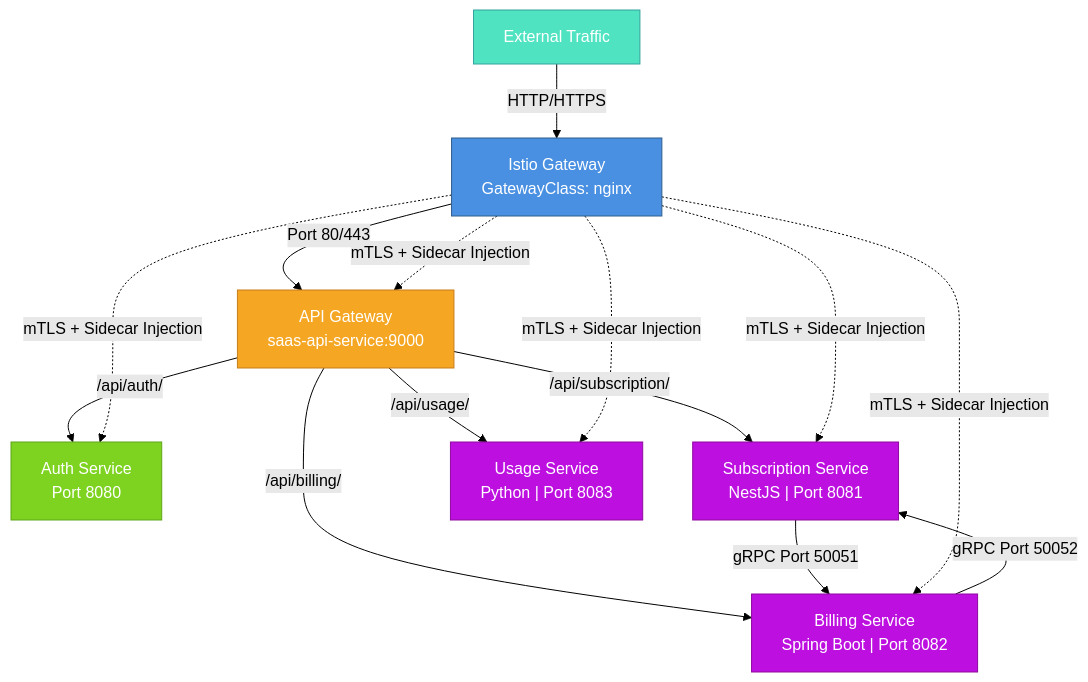
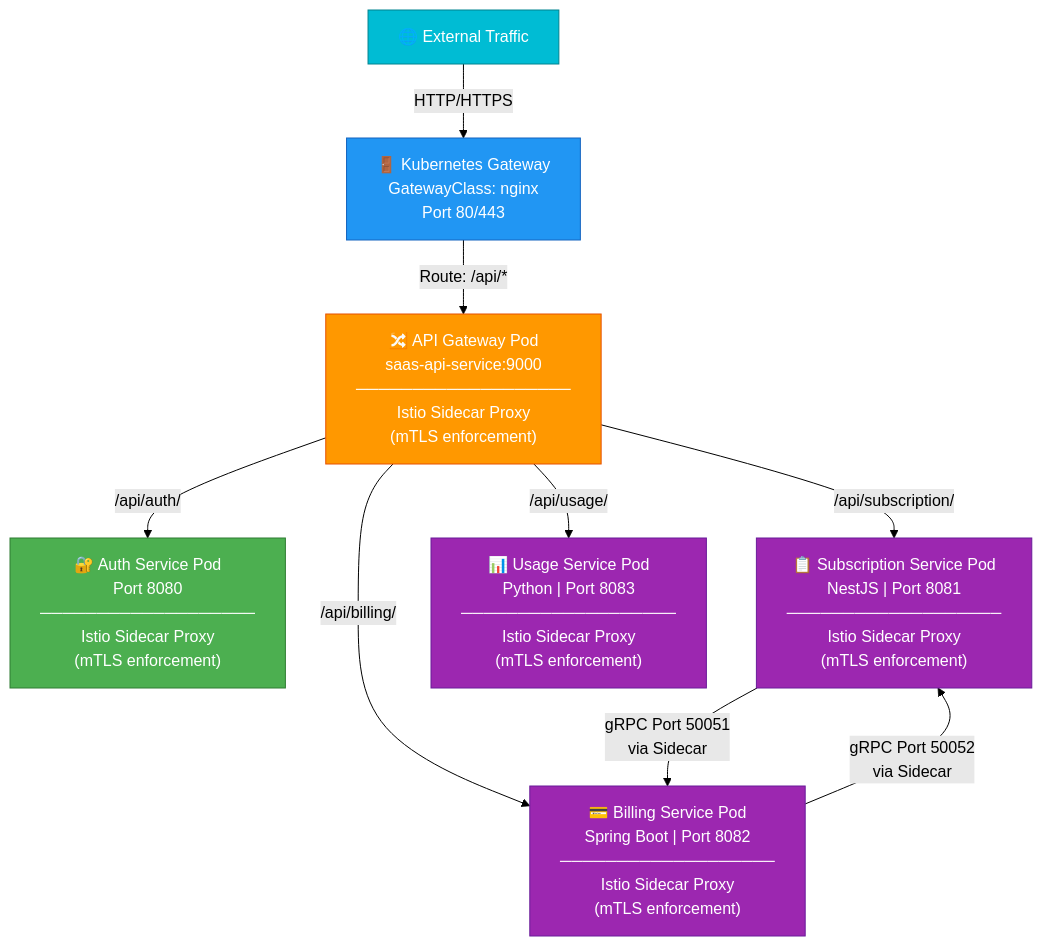
One commit to huzaifa678/SAAS-Continious-Delivery changed the diagram in README.md. Above: the diagram before and after it, drawn with Mermaid (forest theme). The commit also changed other lines of this file, not shown here.

Commit message:
updated diagram in readme

````diff
--- a/README.md
+++ b/README.md
@@ -134,29 +134,26 @@
 ```mermaid
 graph TD
-    EXT["External Traffic"]
-    EXT -->|HTTP/HTTPS| ISTIO["Istio Gateway<br/>GatewayClass: nginx"]
+    EXT["🌐 External Traffic"]
+    EXT -->|HTTP/HTTPS| GW["🚪 Kubernetes Gateway<br/>GatewayClass: nginx<br/>Port 80/443"]
     
-    ISTIO -->|Port 80/443| APIGW["API Gateway<br/>saas-api-service:9000"]
+    GW -->|Route: /api/*| APIGW["🔀 API Gateway Pod<br/>saas-api-service:9000<br/>───────────────────<br/>Istio Sidecar Proxy<br/>(mTLS enforcement)"]
     
-    APIGW -->|/api/auth/| AUTH["Auth Service<br/>Port 8080"]
-    APIGW -->|/api/subscription/| SUB["Subscription Service<br/>NestJS | Port 8081"]
-    APIGW -->|/api/billing/| BILL["Billing Service<br/>Spring Boot | Port 8082"]
-    APIGW -->|/api/usage/| USAGE["Usage Service<br/>Python | Port 8083"]
+    APIGW -->|/api/auth/| AUTH["🔐 Auth Service Pod<br/>Port 8080<br/>───────────────────<br/>Istio Sidecar Proxy<br/>(mTLS enforcement)"]
     
-    SUB -->|gRPC Port 50051| BILL
-    BILL -->|gRPC Port 50052| SUB
+    APIGW -->|/api/subscription/| SUB["📋 Subscription Service Pod<br/>NestJS | Port 8081<br/>───────────────────<br/>Istio Sidecar Proxy<br/>(mTLS enforcement)"]
     
-    ISTIO -.->|mTLS + Sidecar Injection| AUTH
-    ISTIO -.->|mTLS + Sidecar Injection| SUB
-    ISTIO -.->|mTLS + Sidecar Injection| BILL
-    ISTIO -.->|mTLS + Sidecar Injection| USAGE
-    ISTIO -.->|mTLS + Sidecar Injection| APIGW
+    APIGW -->|/api/billing/| BILL["💳 Billing Service Pod<br/>Spring Boot | Port 8082<br/>───────────────────<br/>Istio Sidecar Proxy<br/>(mTLS enforcement)"]
     
-    style ISTIO fill:#4a90e2,stroke:#2e5c8a,color:#fff
-    style APIGW fill:#f5a623,stroke:#c77e1a,color:#fff
-    style AUTH fill:#7ed321,stroke:#5fa519,color:#fff
-    style SUB fill:#bd10e0,stroke:#8f0a9e,color:#fff
-    style BILL fill:#bd10e0,stroke:#8f0a9e,color:#fff
-    style USAGE fill:#bd10e0,stroke:#8f0a9e,color:#fff
-    style EXT fill:#50e3c2,stroke:#35a39e,color:#fff
+    APIGW -->|/api/usage/| USAGE["📊 Usage Service Pod<br/>Python | Port 8083<br/>───────────────────<br/>Istio Sidecar Proxy<br/>(mTLS enforcement)"]
+    
+    SUB -->|gRPC Port 50051<br/>via Sidecar| BILL
+    BILL -->|gRPC Port 50052<br/>via Sidecar| SUB
+    
+    style GW fill:#2196f3,stroke:#1565c0,color:#fff
+    style APIGW fill:#ff9800,stroke:#e65100,color:#fff
+    style AUTH fill:#4caf50,stroke:#2e7d32,color:#fff
+    style SUB fill:#9c27b0,stroke:#6a1b9a,color:#fff
+    style BILL fill:#9c27b0,stroke:#6a1b9a,color:#fff
+    style USAGE fill:#9c27b0,stroke:#6a1b9a,color:#fff
+    style EXT fill:#00bcd4,stroke:#00838f,color:#fff
 ```
````
